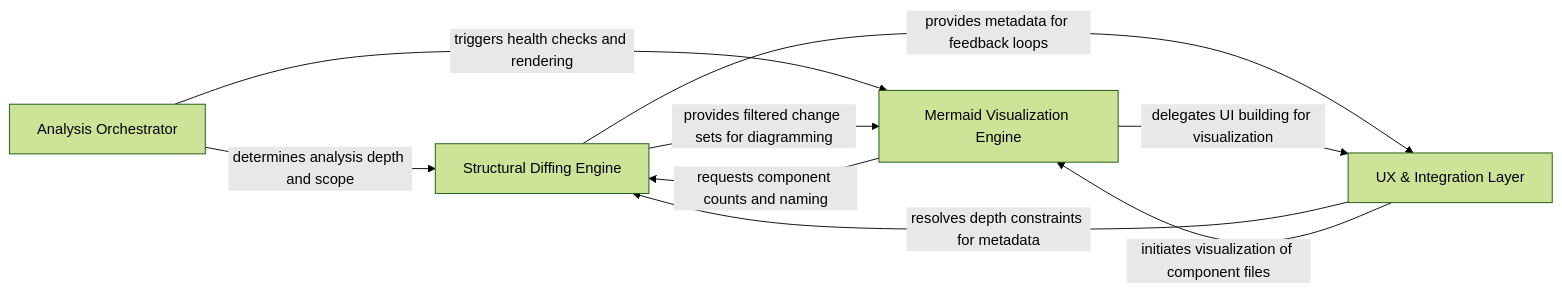
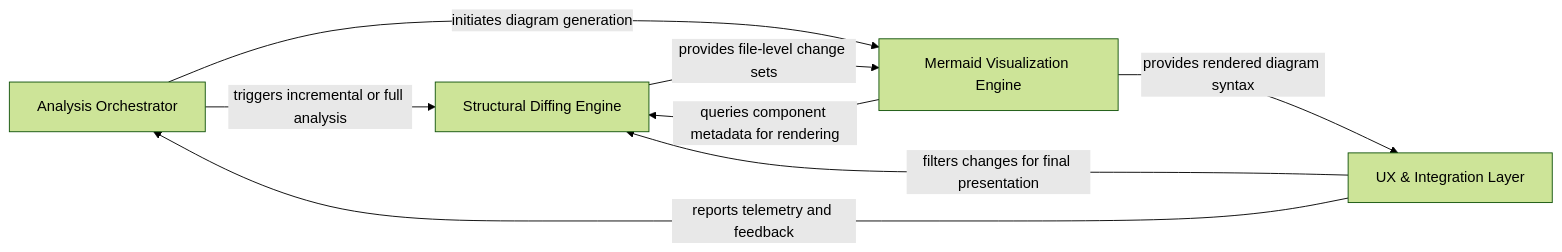
One commit to CodeBoarding/CodeBoarding-action changed the diagram in .codeboarding/overview.md. Above: the diagram before and after it, drawn with Mermaid (forest theme). The commit also changed other lines of this file and 7 other files, not shown here.

Commit message:
chore(codeboarding): sync architecture baseline

````diff
--- a/.codeboarding/overview.md
+++ b/.codeboarding/overview.md
@@ -1,19 +1,18 @@
 ```mermaid
 graph LR
     Analysis_Orchestrator["Analysis Orchestrator"]
     Structural_Diffing_Engine["Structural Diffing Engine"]
     Mermaid_Visualization_Engine["Mermaid Visualization Engine"]
     UX_Integration_Layer["UX & Integration Layer"]
-    Analysis_Orchestrator -- "determines analysis depth and scope" --> Structural_Diffing_Engine
-    Analysis_Orchestrator -- "triggers health checks and rendering" --> Mermaid_Visualization_Engine
-    Structural_Diffing_Engine -- "provides filtered change sets for diagramming" --> Mermaid_Visualization_Engine
-    Structural_Diffing_Engine -- "provides metadata for feedback loops" --> UX_Integration_Layer
-    Mermaid_Visualization_Engine -- "requests component counts and naming" --> Structural_Diffing_Engine
-    Mermaid_Visualization_Engine -- "delegates UI building for visualization" --> UX_Integration_Layer
-    UX_Integration_Layer -- "resolves depth constraints for metadata" --> Structural_Diffing_Engine
-    UX_Integration_Layer -- "initiates visualization of component files" --> Mermaid_Visualization_Engine
+    Analysis_Orchestrator -- "triggers incremental or full analysis" --> Structural_Diffing_Engine
+    Analysis_Orchestrator -- "initiates diagram generation" --> Mermaid_Visualization_Engine
+    Structural_Diffing_Engine -- "provides file-level change sets" --> Mermaid_Visualization_Engine
+    Mermaid_Visualization_Engine -- "queries component metadata for rendering" --> Structural_Diffing_Engine
+    Mermaid_Visualization_Engine -- "provides rendered diagram syntax" --> UX_Integration_Layer
+    UX_Integration_Layer -- "filters changes for final presentation" --> Structural_Diffing_Engine
+    UX_Integration_Layer -- "reports telemetry and feedback" --> Analysis_Orchestrator
     click Analysis_Orchestrator href "https://github.com/CodeBoarding/CodeBoarding-action/blob/main/.codeboarding/Analysis_Orchestrator.md" "Details"
     click Structural_Diffing_Engine href "https://github.com/CodeBoarding/CodeBoarding-action/blob/main/.codeboarding/Structural_Diffing_Engine.md" "Details"
     click Mermaid_Visualization_Engine href "https://github.com/CodeBoarding/CodeBoarding-action/blob/main/.codeboarding/Mermaid_Visualization_Engine.md" "Details"
     click UX_Integration_Layer href "https://github.com/CodeBoarding/CodeBoarding-action/blob/main/.codeboarding/UX_Integration_Layer.md" "Details"
 ```
````
